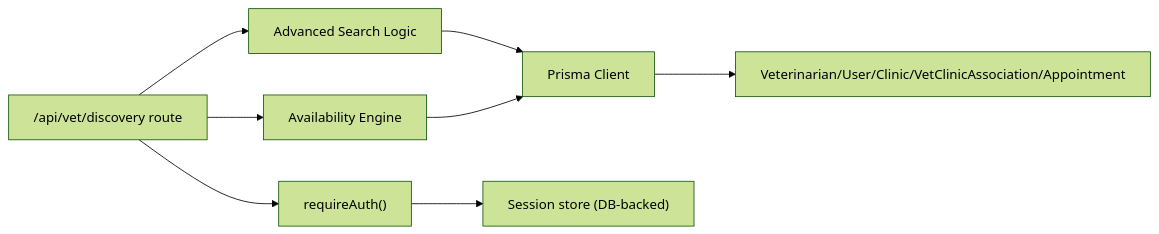
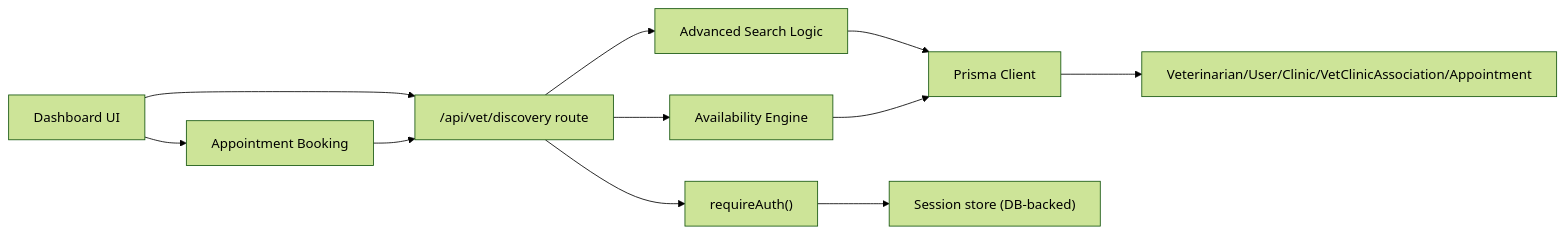
Before and after one commit to Javeria-Javaid/ai-powered-pet-healthcare-ecosystem: the third of 4 diagrams in .qoder/repowiki/en/content/API Reference/Veterinary Tools API/Veterinarian Discovery API.md, drawn with Mermaid (forest theme). The commit also changed other lines of this file and 53 other files, not shown here.

````diff
--- a/.qoder/repowiki/en/content/API Reference/Veterinary Tools API/Veterinarian Discovery API.md
+++ b/.qoder/repowiki/en/content/API Reference/Veterinary Tools API/Veterinarian Discovery API.md
@@ -234,10 +275,13 @@
 ```mermaid
 graph LR
 Route["/api/vet/discovery route"] --> Auth["requireAuth()"]
 Route --> Search["Advanced Search Logic"]
 Route --> Availability["Availability Engine"]
 Search --> Prisma["Prisma Client"]
 Availability --> Prisma
 Prisma --> Schema["Veterinarian/User/Clinic/VetClinicAssociation/Appointment"]
 Auth --> Session["Session store (DB-backed)"]
+UI["Dashboard UI"] --> Route
+UI --> Booking["Appointment Booking"]
+Booking --> Route
 ```
````
